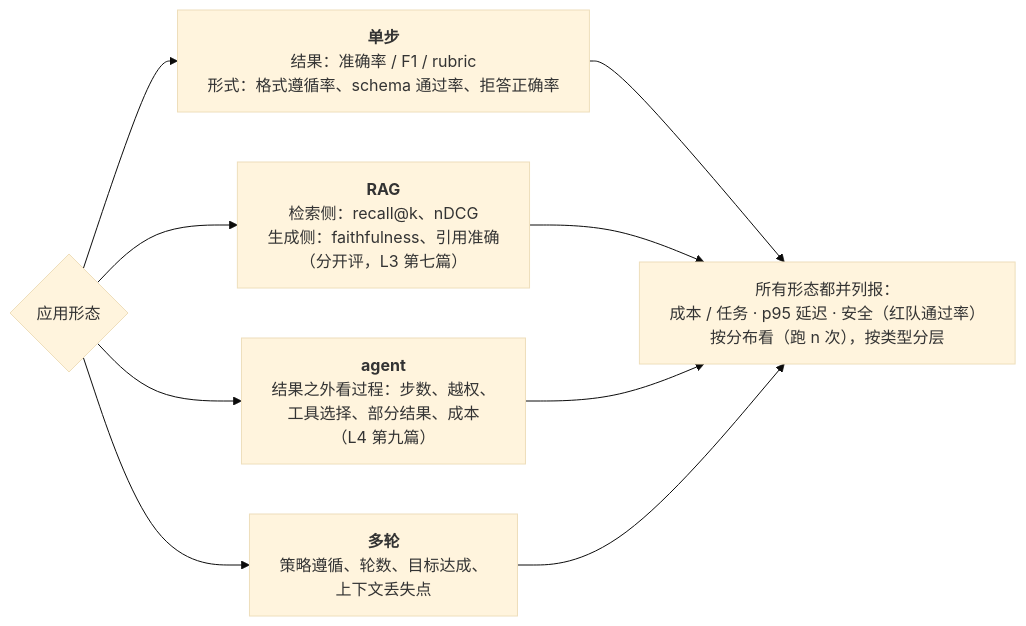
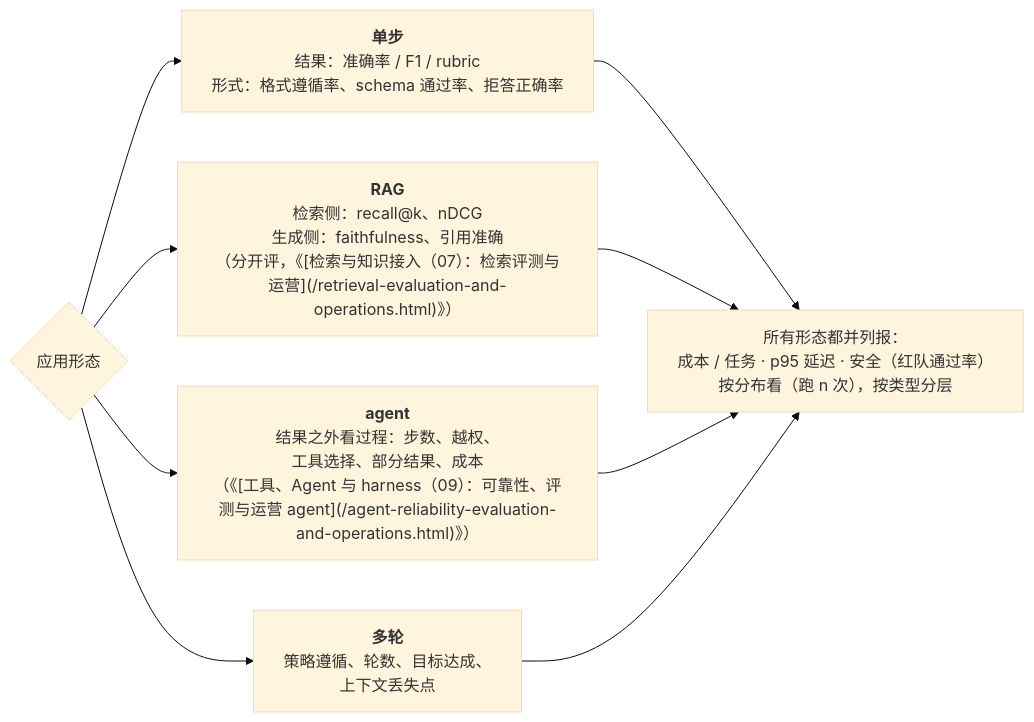
The fourth of 9 diagrams in slides/2026-11-06-evals-and-observability.md (arganzheng/arganzheng.github.com), drawn with Mermaid (base theme) before and after one commit. The commit also changed 128 other files, not shown here.

Commit message:
（01）预训练端到端：MPS 定义、Common Crawl 配比列表、六章改名「定长的训练样本」补切碎文档的说明与打包示意图、自测竖线转义（#245）；全站 L 层简写引用换成《系列名》链接（#244）

````diff
--- a/slides/2026-11-06-evals-and-observability.md
+++ b/slides/2026-11-06-evals-and-observability.md
@@ -120,10 +120,10 @@
 ```mermaid
 %%{init: {"flowchart": {"wrappingWidth": 360}}}%%
 flowchart LR
     F{"应用形态"} --> S["<b>单步</b><br/>结果：准确率 / F1 / rubric<br/>形式：格式遵循率、schema 通过率、拒答正确率"]
-    F --> RG["<b>RAG</b><br/>检索侧：recall@k、nDCG<br/>生成侧：faithfulness、引用准确<br/>（分开评，L3 第七篇）"]
-    F --> AG["<b>agent</b><br/>结果之外看过程：步数、越权、<br/>工具选择、部分结果、成本<br/>（L4 第九篇）"]
+    F --> RG["<b>RAG</b><br/>检索侧：recall@k、nDCG<br/>生成侧：faithfulness、引用准确<br/>（分开评，《[检索与知识接入（07）：检索评测与运营](/retrieval-evaluation-and-operations.html)》）"]
+    F --> AG["<b>agent</b><br/>结果之外看过程：步数、越权、<br/>工具选择、部分结果、成本<br/>（《[工具、Agent 与 harness（09）：可靠性、评测与运营 agent](/agent-reliability-evaluation-and-operations.html)》）"]
     F --> MT["<b>多轮</b><br/>策略遵循、轮数、目标达成、<br/>上下文丢失点"]
     S & RG & AG & MT --> X["所有形态都并列报：<br/>成本 / 任务 · p95 延迟 · 安全（红队通过率）<br/>按分布看（跑 n 次），按类型分层"]
 
 ```
````
